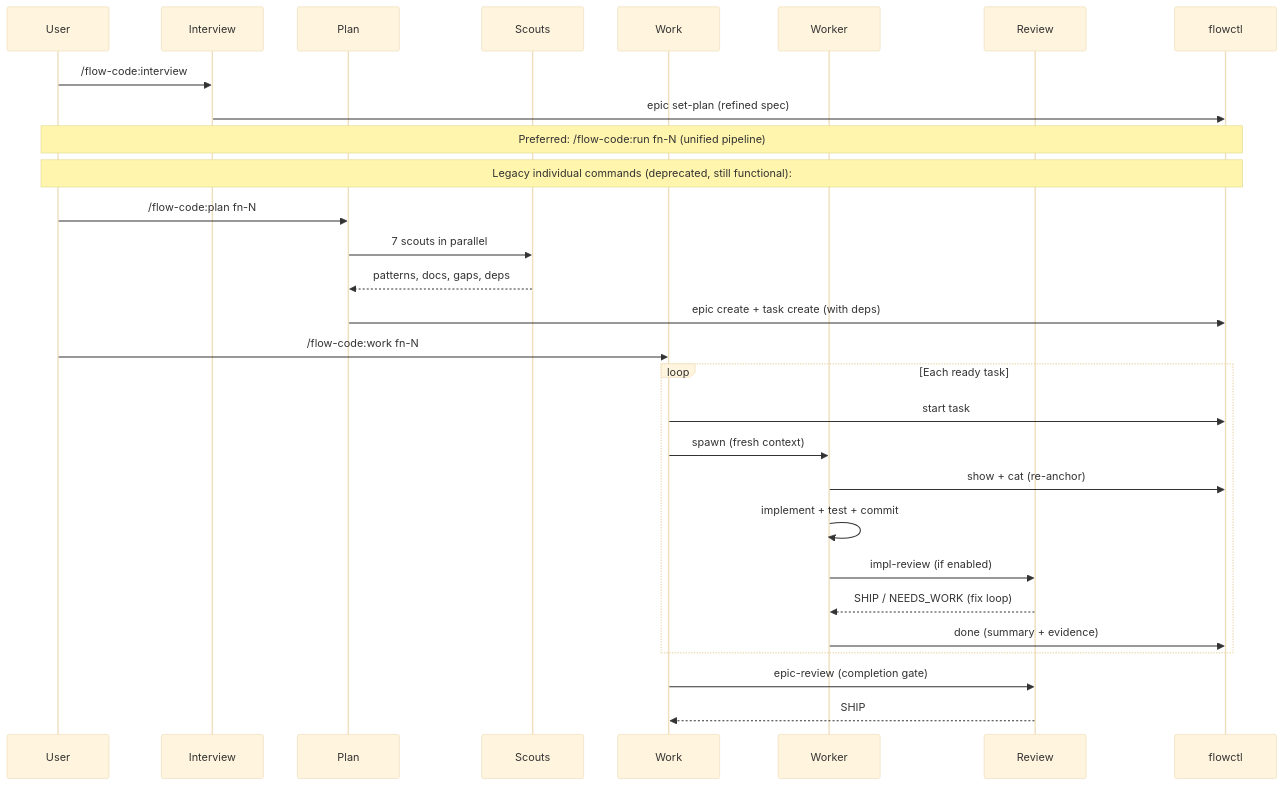
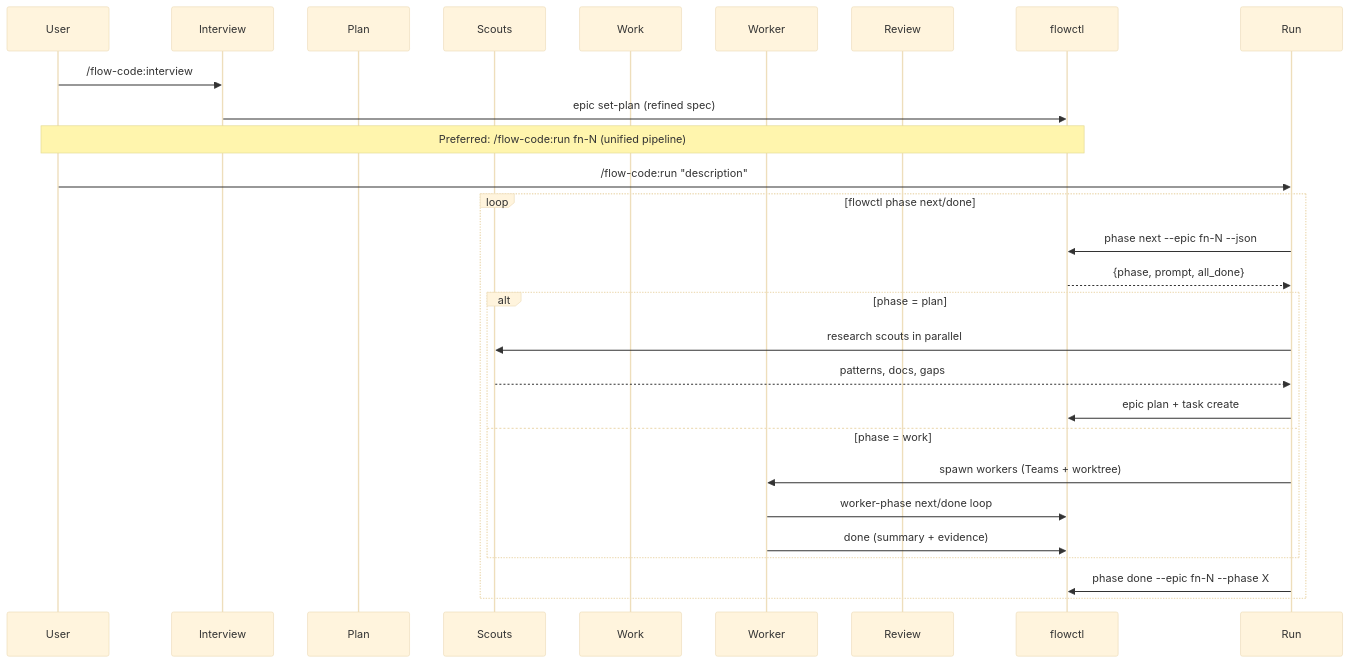
Before and after one commit to z23cc/flow-code: the second of 4 diagrams in docs/CODEBASE_MAP.md, drawn with Mermaid (base theme). The commit also changed other lines of this file and 3 other files, not shown here.

First line of the commit message:
chore: remove all deprecated skill references from docs [fn-16]

````diff
--- a/docs/CODEBASE_MAP.md
+++ b/docs/CODEBASE_MAP.md
@@ -234,34 +230,31 @@
 ```mermaid
 sequenceDiagram
     participant User
     participant Interview
     participant Plan
     participant Scouts
     participant Work
     participant Worker
     participant Review
     participant flowctl
 
     User->>Interview: /flow-code:interview
     Interview->>flowctl: epic set-plan (refined spec)
 
     Note over User,flowctl: Preferred: /flow-code:run fn-N (unified pipeline)
-    Note over User,flowctl: Legacy individual commands (deprecated, still functional):
-    User->>Plan: /flow-code:plan fn-N
-    Plan->>Scouts: 7 scouts in parallel
-    Scouts-->>Plan: patterns, docs, gaps, deps
-    Plan->>flowctl: epic create + task create (with deps)
-
-    User->>Work: /flow-code:work fn-N
-    loop Each ready task
-        Work->>flowctl: start task
-        Work->>Worker: spawn (fresh context)
-        Worker->>flowctl: show + cat (re-anchor)
-        Worker->>Worker: implement + test + commit
-        Worker->>Review: impl-review (if enabled)
-        Review-->>Worker: SHIP / NEEDS_WORK (fix loop)
-        Worker->>flowctl: done (summary + evidence)
+    User->>Run: /flow-code:run "description"
+    loop flowctl phase next/done
+        Run->>flowctl: phase next --epic fn-N --json
+        flowctl-->>Run: {phase, prompt, all_done}
+        alt phase = plan
+            Run->>Scouts: research scouts in parallel
+            Scouts-->>Run: patterns, docs, gaps
+            Run->>flowctl: epic plan + task create
+        else phase = work
+            Run->>Worker: spawn workers (Teams + worktree)
+            Worker->>flowctl: worker-phase next/done loop
+            Worker->>flowctl: done (summary + evidence)
+        end
+        Run->>flowctl: phase done --epic fn-N --phase X
     end
-    Work->>Review: epic-review (completion gate)
-    Review-->>Work: SHIP
 ```
````
